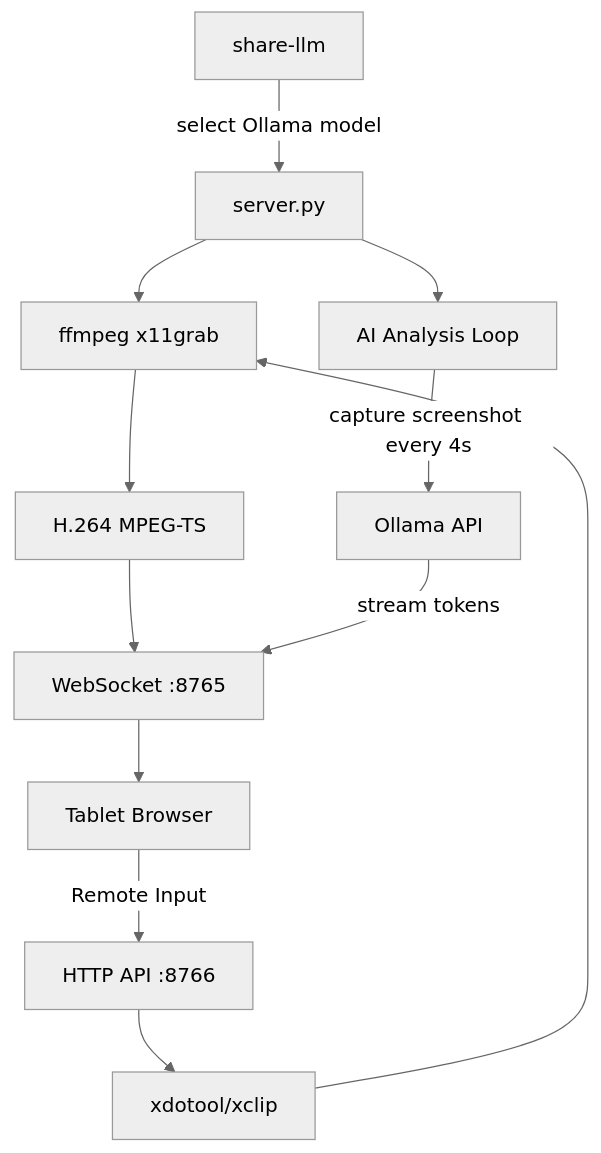
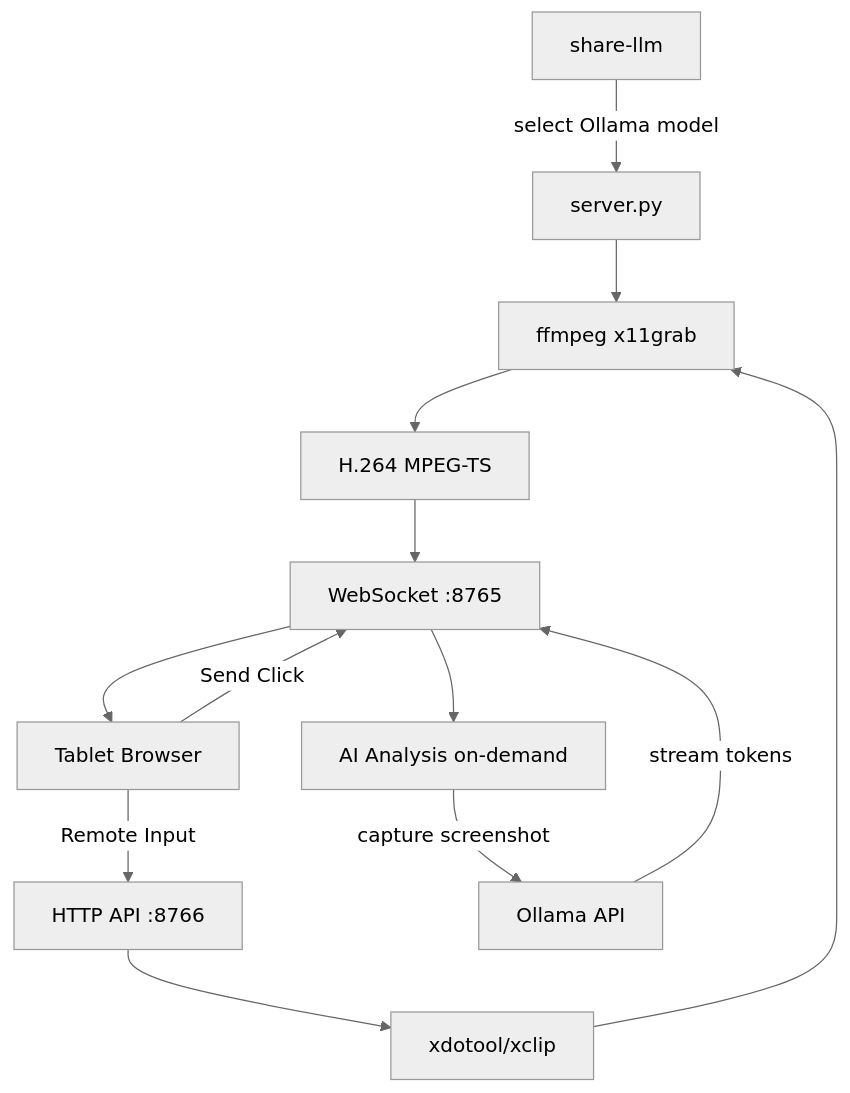
Before and after one commit to krsatyam36/llm-share: the diagram in README.md, drawn with Mermaid (neutral theme). The commit also changed other lines of this file, not shown here.

Commit message:
docs: update README for event-driven AI architecture (Send button trigger)

````diff
--- a/README.md
+++ b/README.md
@@ -60,15 +60,16 @@
 ```mermaid
 graph TB
     A[share-llm] -->|select Ollama model| B[server.py]
     B --> C[ffmpeg x11grab]
     C --> D[H.264 MPEG-TS]
     D --> E[WebSocket :8765]
     E --> F[Tablet Browser]
     F -- Remote Input --> G[HTTP API :8766]
     G --> H[xdotool/xclip]
     H --> C
 
-    B --> I[AI Analysis Loop]
-    I -->|capture screenshot every 4s| J[Ollama API]
+    F -- Send Click --> E
+    E --> I[AI Analysis on-demand]
+    I -->|capture screenshot| J[Ollama API]
     J -->|stream tokens| E
 ```
````
